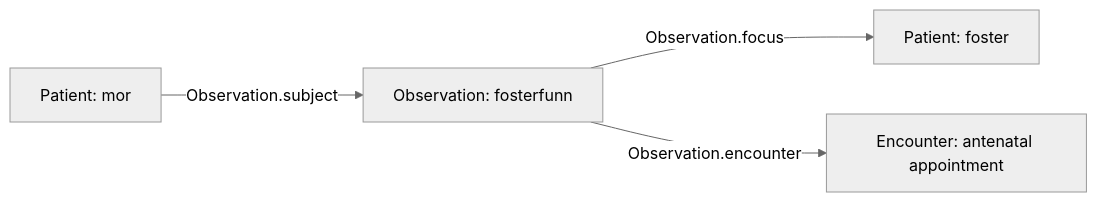
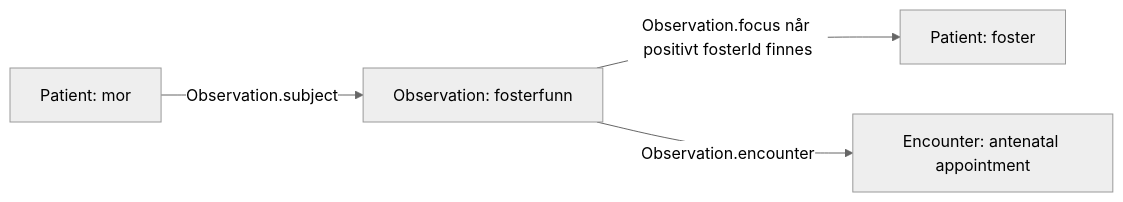
The third of 3 diagrams in docs/dhg-fhir-resource-mapping.md (helgaarm/FhirGravidAPI), drawn with Mermaid (neutral theme) before and after one commit. The commit also changed other lines of this file and 6 other files, not shown here.

````diff
--- a/docs/dhg-fhir-resource-mapping.md
+++ b/docs/dhg-fhir-resource-mapping.md
@@ -92,6 +92,6 @@
 ```mermaid
 flowchart LR
     Mother["Patient: mor"] -->|"Observation.subject"| Finding["Observation: fosterfunn"]
-    Finding -->|"Observation.focus"| Fetus["Patient: foster"]
+    Finding -->|"Observation.focus når positivt fosterId finnes"| Fetus["Patient: foster"]
     Finding -->|"Observation.encounter"| Visit["Encounter: antenatal appointment"]
 ```
````
